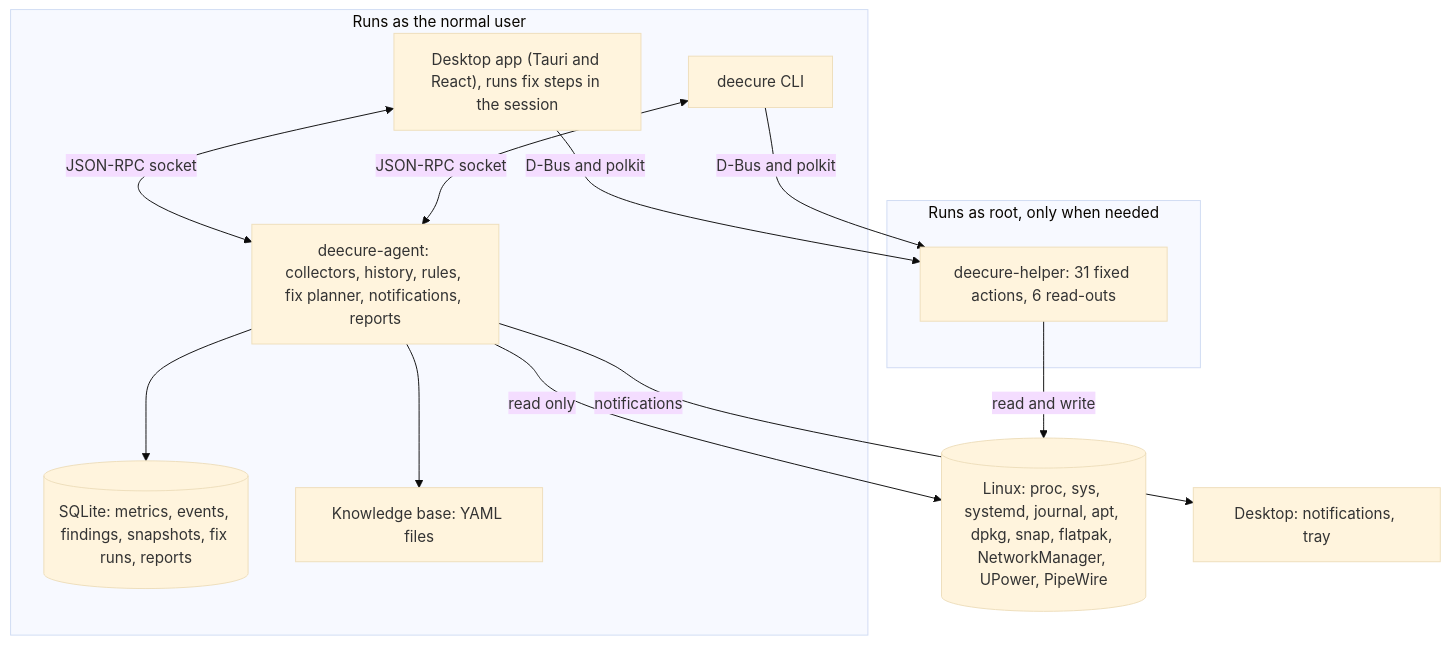
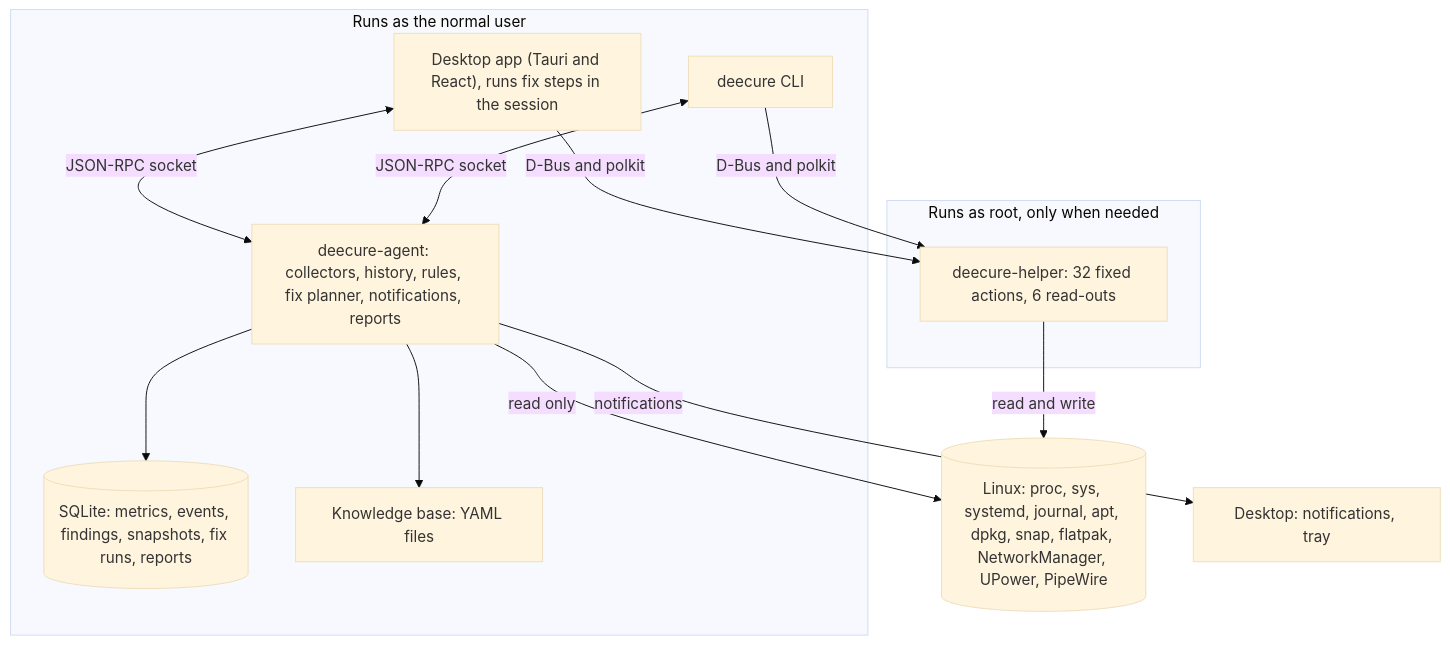
The diagram in docs/02-architecture/overview.md (krisskad0/DeeCure), drawn with Mermaid (base theme) before and after one commit. The commit also changed 23 other files, not shown here.

````diff
--- a/docs/02-architecture/overview.md
+++ b/docs/02-architecture/overview.md
@@ -6,25 +6,25 @@
 ```mermaid
 flowchart TB
   subgraph UserSession["Runs as the normal user"]
     UI["Desktop app (Tauri and React), runs fix steps in the session"]
     CLI["deecure CLI"]
     AG["deecure-agent: collectors, history, rules, fix planner, notifications, reports"]
     DB[("SQLite: metrics, events, findings, snapshots, fix runs, reports")]
     KB["Knowledge base: YAML files"]
   end
   subgraph System["Runs as root, only when needed"]
-    HP["deecure-helper: 31 fixed actions, 6 read-outs"]
+    HP["deecure-helper: 32 fixed actions, 6 read-outs"]
   end
   OS[("Linux: proc, sys, systemd, journal, apt, dpkg, snap, flatpak, NetworkManager, UPower, PipeWire")]
   Desk["Desktop: notifications, tray"]
 
   UI <-->|JSON-RPC socket| AG
   CLI <-->|JSON-RPC socket| AG
   AG --> DB
   AG --> KB
   AG -->|read only| OS
   AG -->|notifications| Desk
   UI -->|D-Bus and polkit| HP
   CLI -->|D-Bus and polkit| HP
   HP -->|read and write| OS
 ```
````
